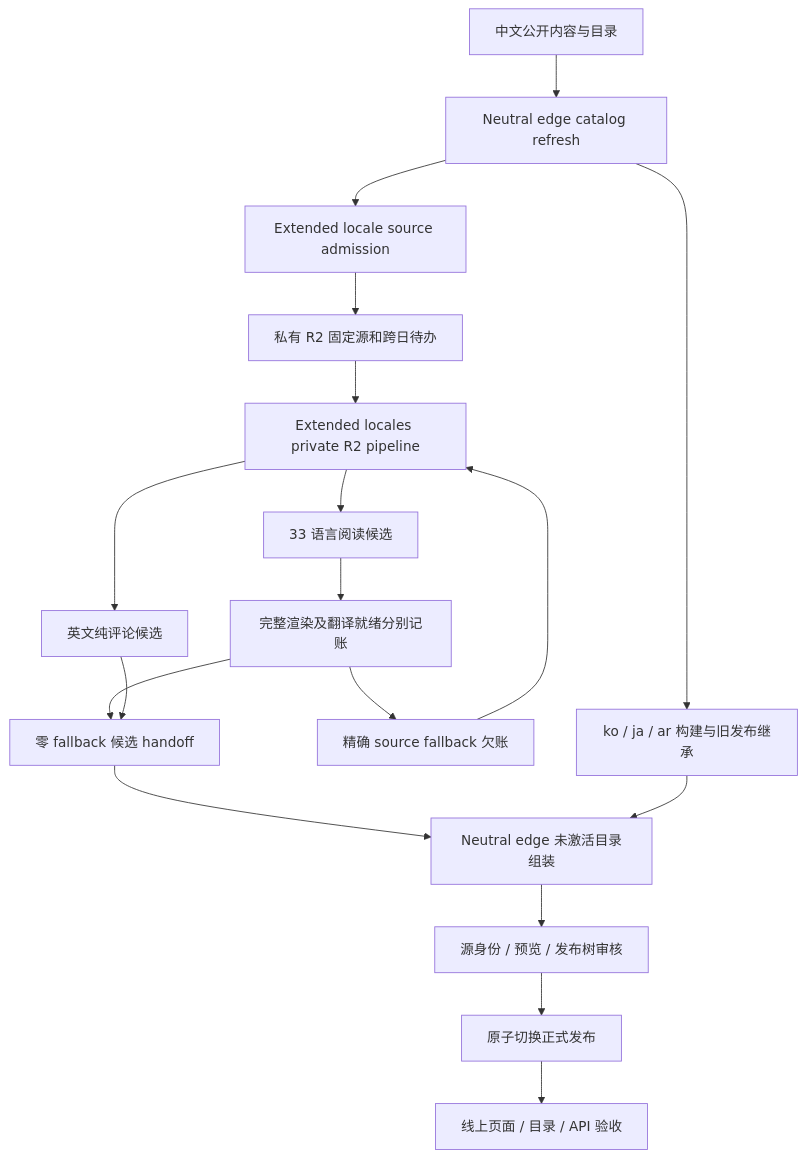
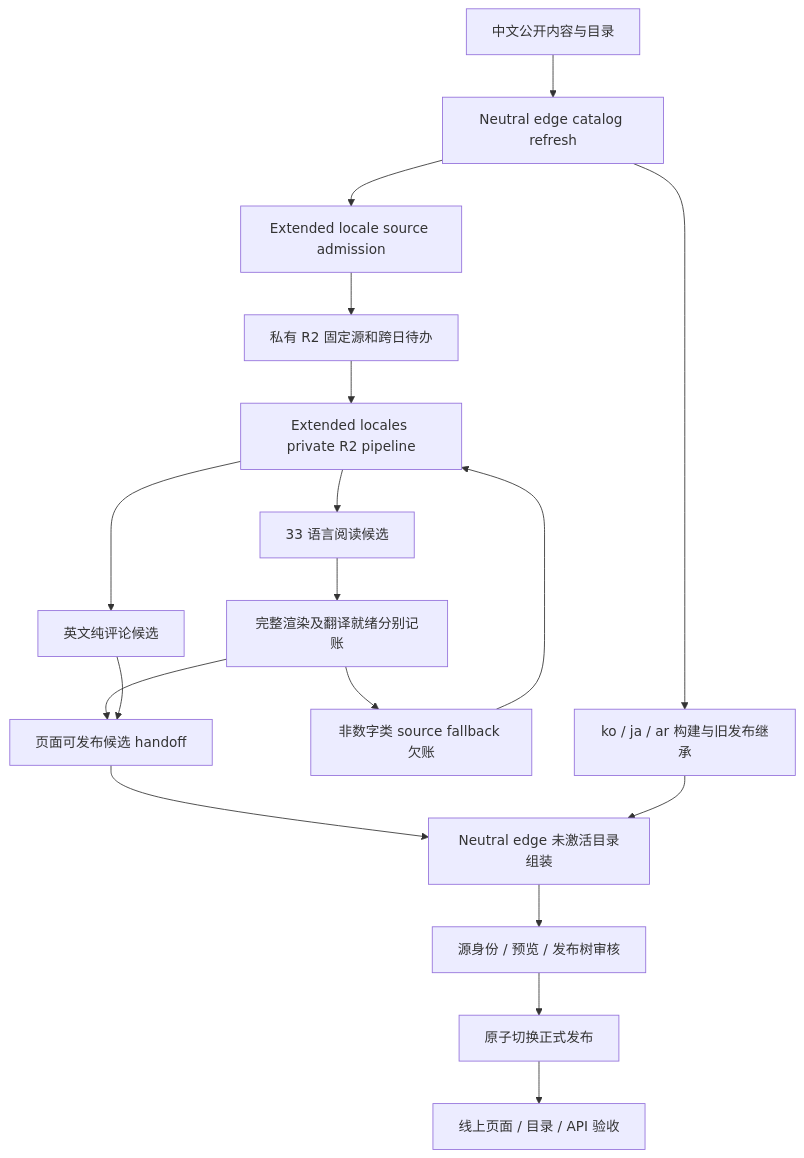
Before and after one commit to yt-feng/rpt_edit: the diagram in docs/portal-multilingual-architecture.md, drawn with Mermaid. The commit also changed other lines of this file and 28 other files, not shown here.

````diff
--- a/docs/portal-multilingual-architecture.md
+++ b/docs/portal-multilingual-architecture.md
@@ -24,20 +24,20 @@
 ```mermaid
 flowchart TD
     Z[中文公开内容与目录] --> N[Neutral edge catalog refresh]
     N --> L[ko / ja / ar 构建与旧发布继承]
     N --> S[Extended locale source admission]
     S --> R[私有 R2 固定源和跨日待办]
     R --> C[Extended locales private R2 pipeline]
     C --> X[33 语言阅读候选]
     C --> E[英文纯评论候选]
     X --> Q[完整渲染及翻译就绪分别记账]
-    Q --> D[精确 source fallback 欠账]
+    Q --> D[非数字类 source fallback 欠账]
     D --> C
-    Q --> H[零 fallback 候选 handoff]
+    Q --> H[页面可发布候选 handoff]
     E --> H
     H --> P[Neutral edge 未激活目录组装]
     L --> P
     P --> V[源身份 / 预览 / 发布树审核]
     V --> A[原子切换正式发布]
     A --> O[线上页面 / 目录 / API 验收]
 ```
````
